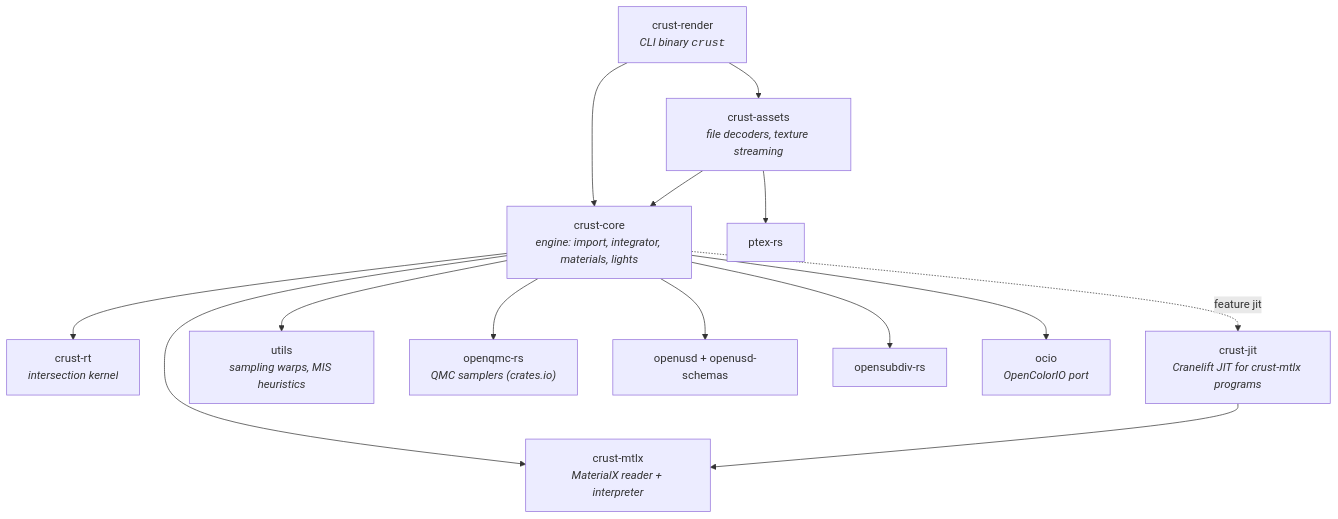
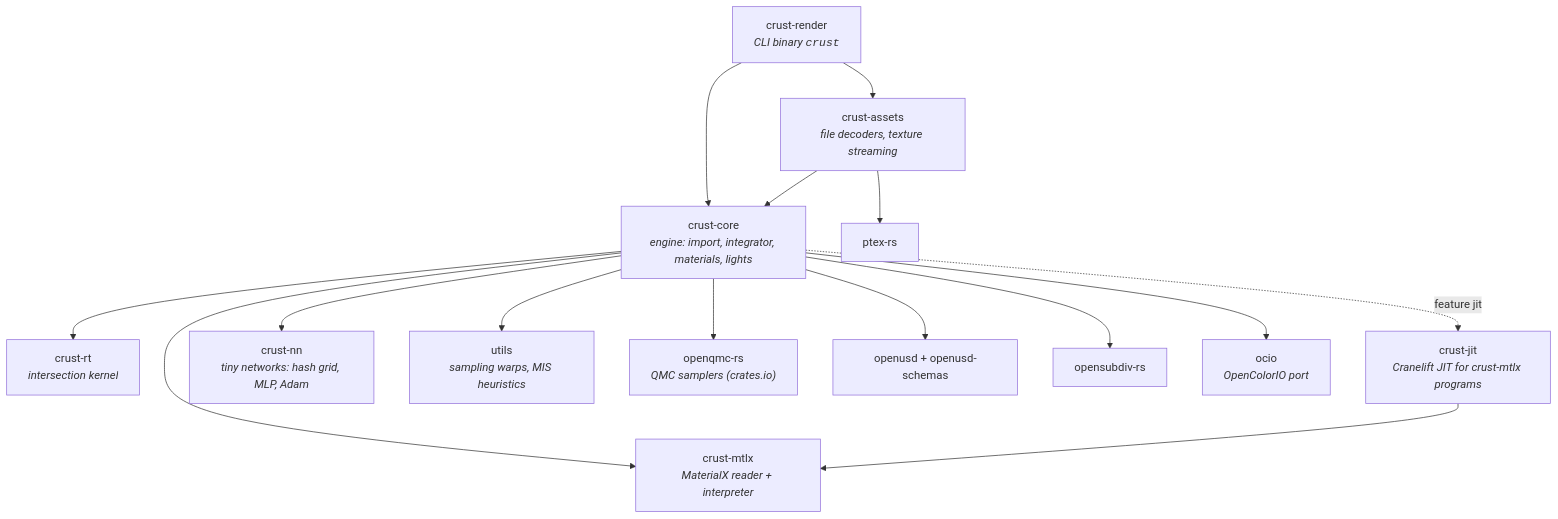
The diagram in docs/architecture.md (doubleailes/crust-render), drawn with Mermaid before and after one commit. The commit also changed other lines of this file and 36 other files, not shown here.

````diff
--- a/docs/architecture.md
+++ b/docs/architecture.md
@@ -13,29 +13,31 @@
 ```mermaid
 graph TD
     render["crust-render<br/><i>CLI binary <code>crust</code></i>"]
     assets["crust-assets<br/><i>file decoders, texture streaming</i>"]
     core["crust-core<br/><i>engine: import, integrator, materials, lights</i>"]
     rt["crust-rt<br/><i>intersection kernel</i>"]
     mtlx["crust-mtlx<br/><i>MaterialX reader + interpreter</i>"]
     jit["crust-jit<br/><i>Cranelift JIT for crust-mtlx programs</i>"]
+    nn["crust-nn<br/><i>tiny networks: hash grid, MLP, Adam</i>"]
     utils["utils<br/><i>sampling warps, MIS heuristics</i>"]
     oqmc["openqmc-rs<br/><i>QMC samplers (crates.io)</i>"]
     usd["openusd + openusd-schemas"]
     ptex["ptex-rs"]
     osd["opensubdiv-rs"]
     ocio["ocio<br/><i>OpenColorIO port</i>"]
 
     render --> core
     render --> assets
     assets --> core
     assets --> ptex
     core --> rt
     core --> mtlx
+    core --> nn
     core -. "feature jit" .-> jit
     jit --> mtlx
     core --> utils
     core --> oqmc
     core --> usd
     core --> osd
     core --> ocio
 ```
````
